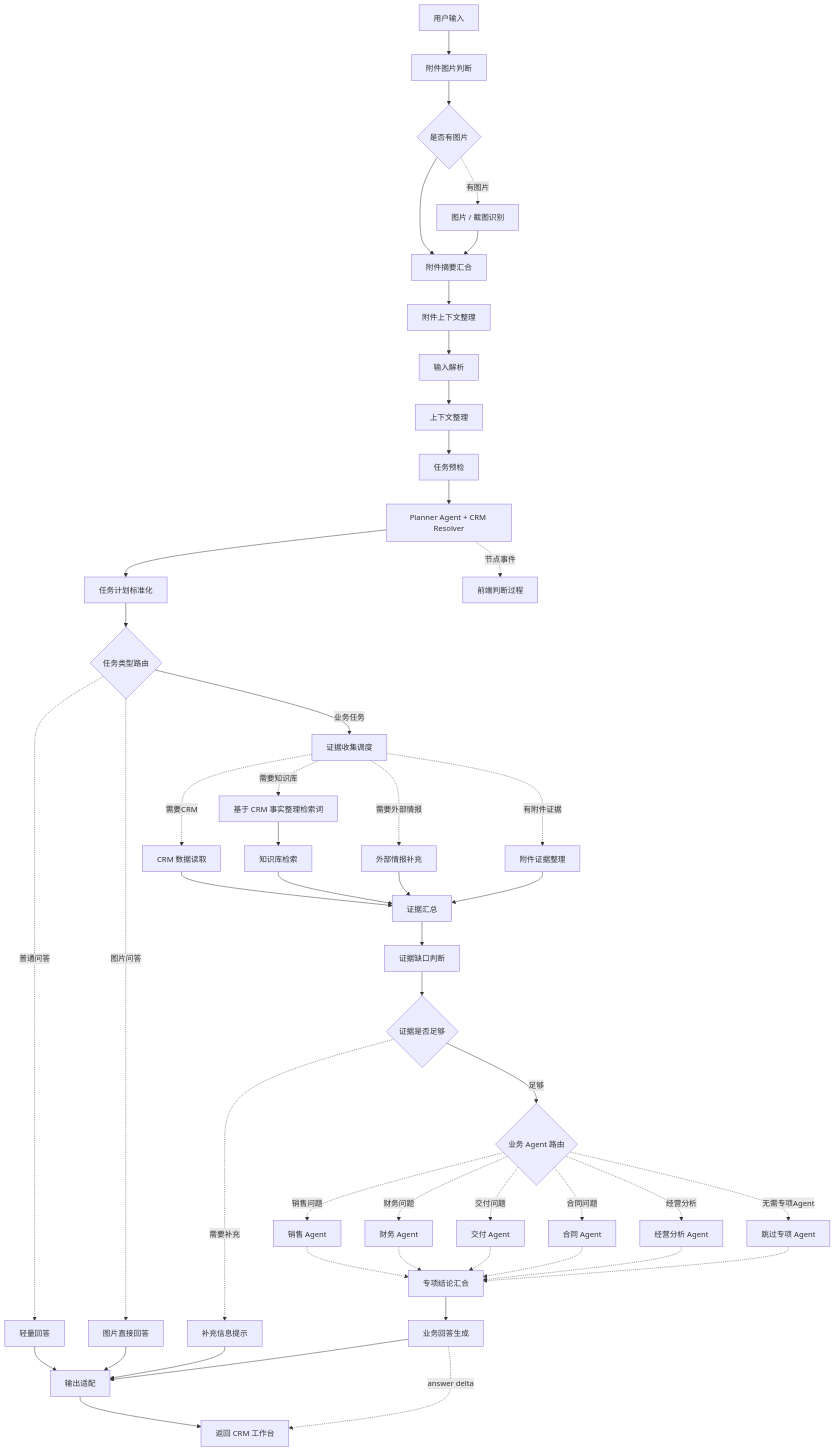
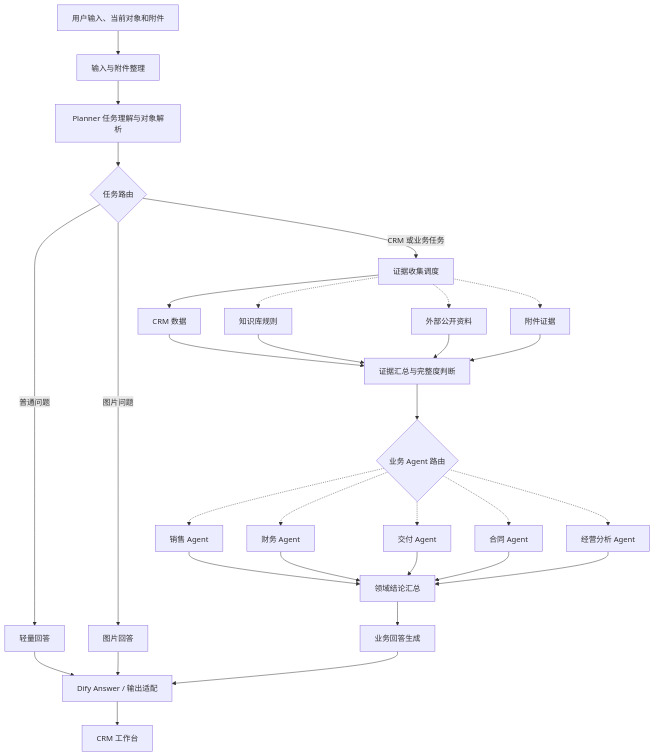
One commit to ZZQ-bit/multi-agent-crm-assistant changed the diagram in README.md. Above: the diagram before and after it, drawn with Mermaid. The commit also changed other lines of this file and 29 other files, not shown here.

````diff
--- a/README.md
+++ b/README.md
@@ -91,59 +72,39 @@
 ```mermaid
 flowchart TD
-  A["用户输入"] --> B["附件图片判断"]
-  B --> C{"是否有图片"}
-  C -. 有图片 .-> D["图片 / 截图识别"]
-  C --> E["附件摘要汇合"]
-  D --> E
-  E --> F["附件上下文整理"]
-  F --> G["输入解析"]
-  G --> H["上下文整理"]
-  H --> I["任务预检"]
-  I --> J["Planner Agent + CRM Resolver"]
-  J --> JA["任务计划标准化"]
-  JA --> K{"任务类型路由"}
+  A["用户输入、当前对象和附件"] --> B["输入与附件整理"]
+  B --> C["Planner 任务理解与对象解析"]
+  C --> D{"任务路由"}
 
-  K -. 普通问答 .-> L["轻量回答"]
-  K -. 图片问答 .-> M["图片直接回答"]
-  K -->|"业务任务"| N["证据收集调度"]
+  D -->|"普通问题"| E["轻量回答"]
+  D -->|"图片问题"| F["图片回答"]
+  D -->|"CRM 或业务任务"| G["证据收集调度"]
 
-  N -. 需要CRM .-> O["CRM 数据读取"]
-  N -. 需要知识库 .-> P["基于 CRM 事实整理检索词"]
-  P --> PA["知识库检索"]
-  N -. 需要外部情报 .-> Q["外部情报补充"]
-  N -. 有附件证据 .-> R["附件证据整理"]
+  G --> H["CRM 数据"]
+  G -.-> I["知识库规则"]
+  G -.-> J["外部公开资料"]
+  G -.-> K["附件证据"]
 
-  O --> S["证据汇总"]
-  PA --> S
+  H --> L["证据汇总与完整度判断"]
+  I --> L
+  J --> L
+  K --> L
+
+  L --> M{"业务 Agent 路由"}
+  M -.-> N["销售 Agent"]
+  M -.-> O["财务 Agent"]
+  M -.-> P["交付 Agent"]
+  M -.-> Q["合同 Agent"]
+  M -.-> R["经营分析 Agent"]
+
+  N --> S["领域结论汇总"]
+  O --> S
+  P --> S
   Q --> S
   R --> S
+  S --> T["业务回答生成"]
 
-  S --> T["证据缺口判断"]
-  T --> U{"证据是否足够"}
-  U -. 需要补充 .-> V["补充信息提示"]
-  U -->|"足够"| W{"业务 Agent 路由"}
-
-  W -. 销售问题 .-> X["销售 Agent"]
-  W -. 财务问题 .-> Y["财务 Agent"]
-  W -. 交付问题 .-> Z["交付 Agent"]
-  W -. 合同问题 .-> AA["合同 Agent"]
-  W -. 经营分析 .-> AB["经营分析 Agent"]
-  W -. 无需专项Agent .-> AC["跳过专项 Agent"]
-
-  X -.-> AD["专项结论汇合"]
-  Y -.-> AD
-  Z -.-> AD
-  AA -.-> AD
-  AB -.-> AD
-  AC -.-> AD
-
-  AD --> AE["业务回答生成"]
-  L --> AF["输出适配"]
-  M --> AF
-  V --> AF
-  AE --> AF
-  AF --> AG["返回 CRM 工作台"]
-
-  J -. 节点事件 .-> AH["前端判断过程"]
-  AE -. answer delta .-> AG
+  E --> U["Dify Answer / 输出适配"]
+  F --> U
+  T --> U
+  U --> V["CRM 工作台"]
 ```
````
